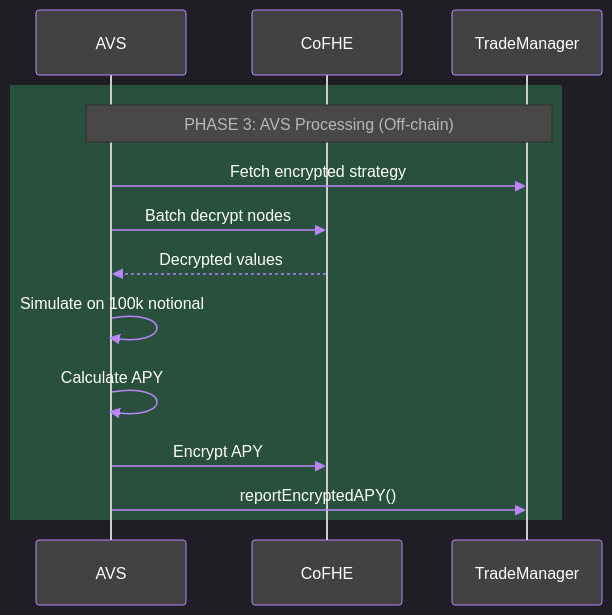
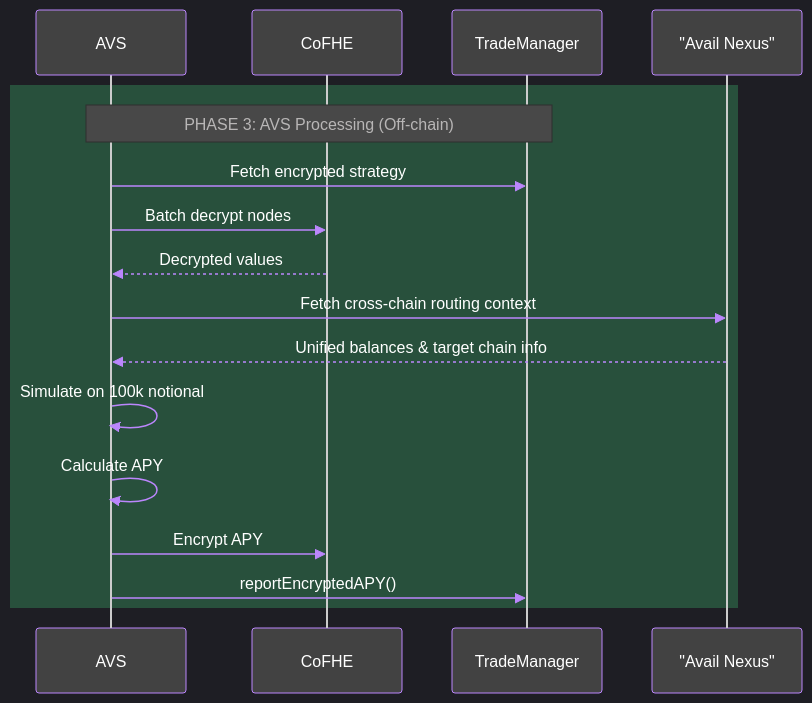
Before and after one commit to Nilay27/CifherTradeArena: the third of 5 diagrams in README.md, drawn with Mermaid. The commit also changed other lines of this file and 3 other files, not shown here.

Commit message:
Modify readme to include nexus in sequence diagram

````diff
--- a/README.md
+++ b/README.md
@@ -116,18 +119,21 @@
 ```mermaid
 %%{init: {'theme':'dark', 'themeVariables': { 'primaryColor':'#bb86fc', 'primaryTextColor':'#fff', 'primaryBorderColor':'#9f6bff', 'lineColor':'#bb86fc', 'secondaryColor':'#03dac6', 'tertiaryColor':'#3700b3', 'background':'#121212', 'mainBkg':'#1f1f1f', 'secondBkg':'#2d2d2d', 'labelBackground':'#2d2d2d', 'actorBkg':'#424242', 'actorBorder':'#bb86fc', 'actorTextColor':'#fff', 'signalColor':'#bb86fc', 'signalTextColor':'#fff'}}}%%
 sequenceDiagram
     participant AVS
     participant CoFHE
     participant TradeManager
+    participant "Avail Nexus"
 
     rect rgb(40, 80, 60)
         Note over AVS,TradeManager: PHASE 3: AVS Processing (Off-chain)
         AVS->>TradeManager: Fetch encrypted strategy
         AVS->>CoFHE: Batch decrypt nodes
         CoFHE-->>AVS: Decrypted values
+        AVS->>"Avail Nexus": Fetch cross-chain routing context
+        "Avail Nexus"-->>AVS: Unified balances & target chain info
         AVS->>AVS: Simulate on 100k notional
         AVS->>AVS: Calculate APY
         AVS->>CoFHE: Encrypt APY
         AVS->>TradeManager: reportEncryptedAPY()
     end
 ```
````
